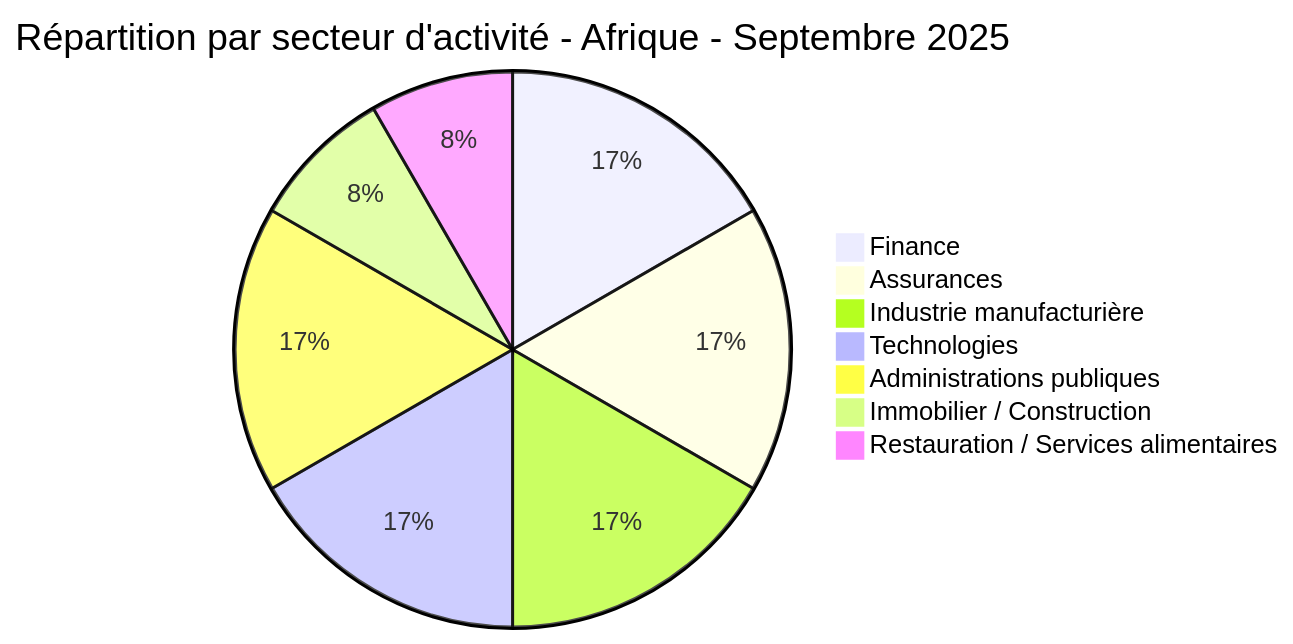
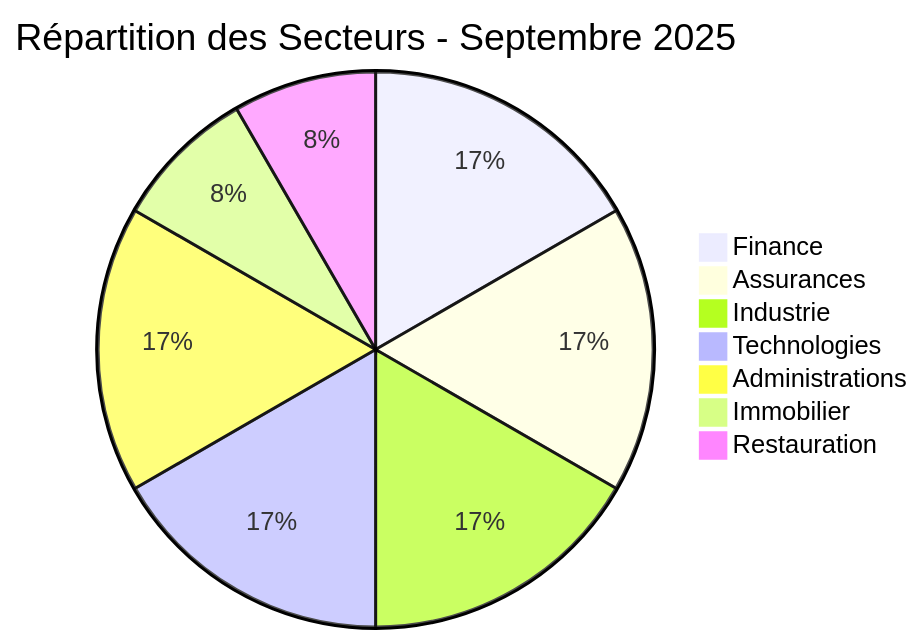
Before and after one commit to Hatchepsoute/AFRINTEL: the first of 3 diagrams in 2025/september/report/README_FR.md, drawn with Mermaid. The commit also changed other lines of this file and 1 other file, not shown here.

Commit message:
Rapport de cyberttaque Septembre 2025 - versions FR/EN & rapport CTI Janvier et Février 2026

````diff
--- a/2025/september/report/README_FR.md
+++ b/2025/september/report/README_FR.md
@@ -52,10 +59,10 @@
 ```mermaid
-pie title Répartition par secteur d'activité - Afrique - Septembre 2025
-"Finance" : 2
-"Assurances" : 2
-"Industrie manufacturière" : 2
-"Technologies" : 2
-"Administrations publiques" : 2
-"Immobilier / Construction" : 1
-"Restauration / Services alimentaires" : 1
+pie title Répartition des Secteurs - Septembre 2025
+    "Finance" : 2
+    "Assurances" : 2
+    "Industrie" : 2
+    "Technologies" : 2
+    "Administrations" : 2
+    "Immobilier" : 1
+    "Restauration" : 1
 ```
````
